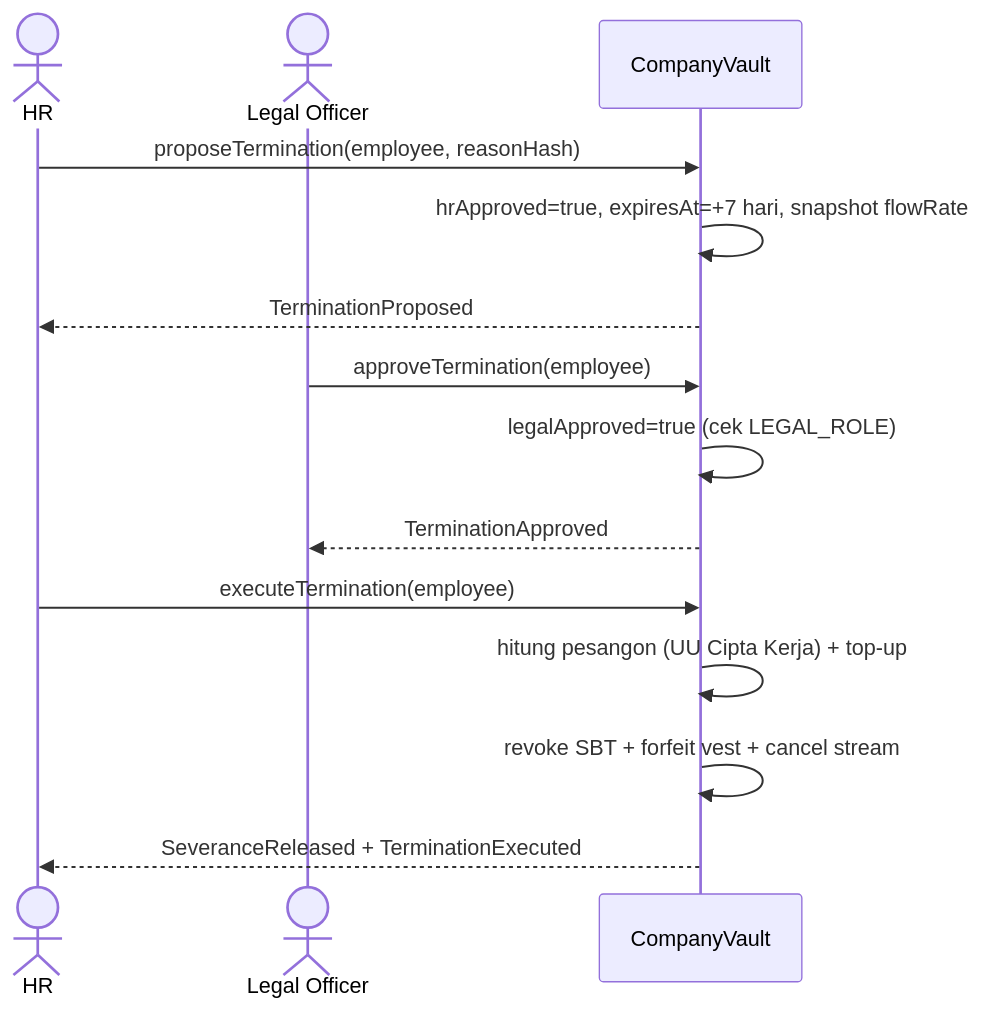
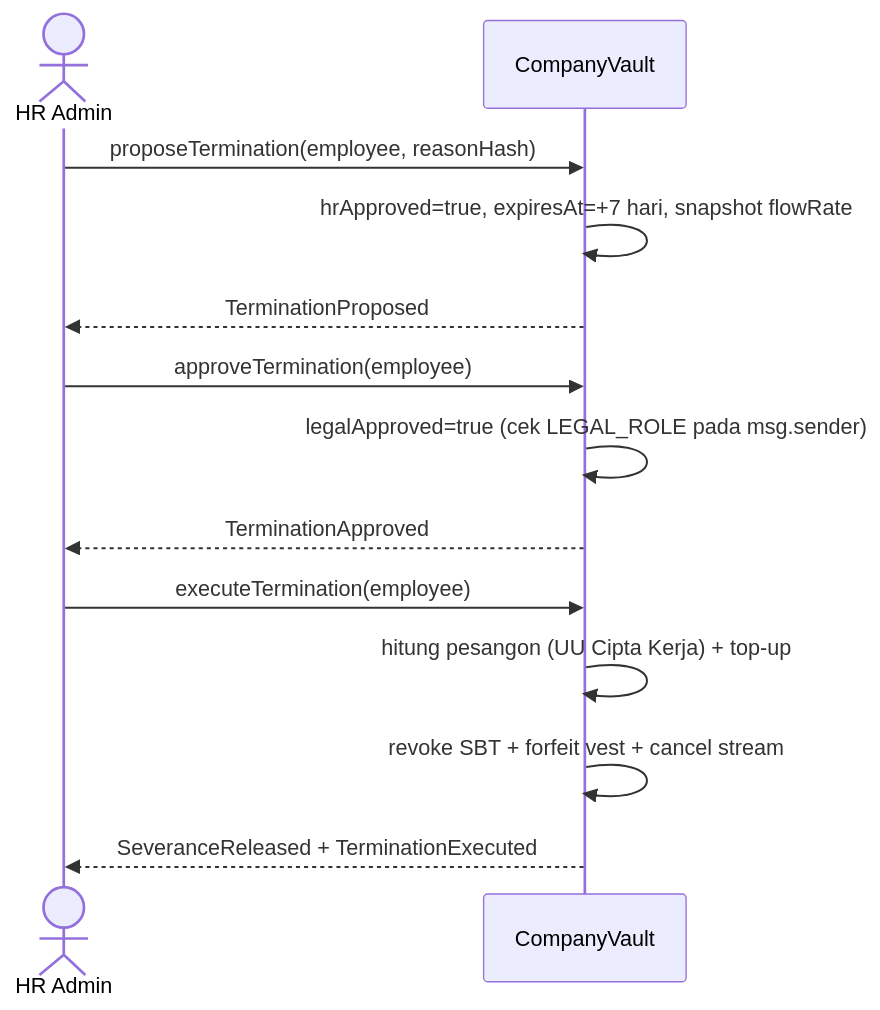
Diagram 25 of 45 in docs/DPPL.md (skripsi-payroll-dapp/docs), drawn with Mermaid before and after one commit. The commit also changed other lines of this file and 7 other files, not shown here.

First line of the commit message:
Correct SKPL/DPPL/PDHUPL for LEGAL_ROLE reality, add use case diagrams

````diff
--- a/docs/DPPL.md
+++ b/docs/DPPL.md
@@ -2346,16 +2345,15 @@
 ```mermaid
 sequenceDiagram
-    actor HR
-    actor Legal as Legal Officer
+    actor HR as HR Admin
     participant V as CompanyVault
     HR->>V: proposeTermination(employee, reasonHash)
     V->>V: hrApproved=true, expiresAt=+7 hari, snapshot flowRate
     V-->>HR: TerminationProposed
-    Legal->>V: approveTermination(employee)
-    V->>V: legalApproved=true (cek LEGAL_ROLE)
-    V-->>Legal: TerminationApproved
+    HR->>V: approveTermination(employee)
+    V->>V: legalApproved=true (cek LEGAL_ROLE pada msg.sender)
+    V-->>HR: TerminationApproved
     HR->>V: executeTermination(employee)
     V->>V: hitung pesangon (UU Cipta Kerja) + top-up
     V->>V: revoke SBT + forfeit vest + cancel stream
     V-->>HR: SeveranceReleased + TerminationExecuted
 ```
````
